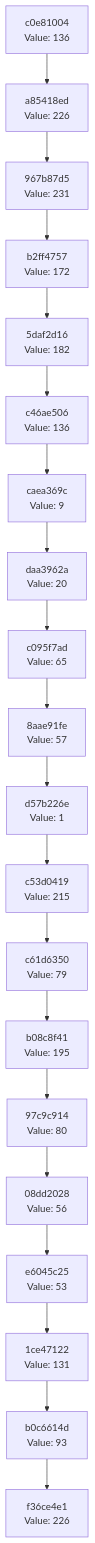
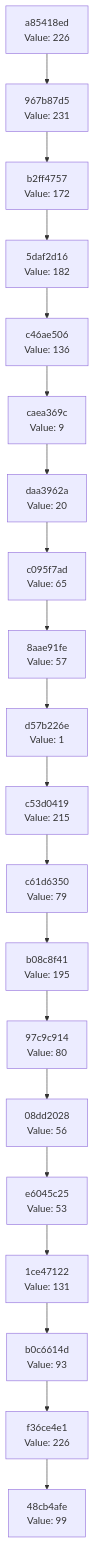
Before and after one commit to Abhisheksinha1506/hash-chain-evolver: the diagram in docs/CHAIN_VISUALIZATION.md, drawn with Mermaid. The commit also changed 2 other files, not shown here.

Commit message:
Evolution step: hash 0x63 → action executed

````diff
--- a/docs/CHAIN_VISUALIZATION.md
+++ b/docs/CHAIN_VISUALIZATION.md
@@ -3,42 +3,42 @@
 ```mermaid
 graph TD
-    C0["f36ce4e1<br/>Value: 226"]
-    C1["b0c6614d<br/>Value: 93"]
+    C0["48cb4afe<br/>Value: 99"]
+    C1["f36ce4e1<br/>Value: 226"]
     C1 --> C0
-    C2["1ce47122<br/>Value: 131"]
+    C2["b0c6614d<br/>Value: 93"]
     C2 --> C1
-    C3["e6045c25<br/>Value: 53"]
+    C3["1ce47122<br/>Value: 131"]
     C3 --> C2
-    C4["08dd2028<br/>Value: 56"]
+    C4["e6045c25<br/>Value: 53"]
     C4 --> C3
-    C5["97c9c914<br/>Value: 80"]
+    C5["08dd2028<br/>Value: 56"]
     C5 --> C4
-    C6["b08c8f41<br/>Value: 195"]
+    C6["97c9c914<br/>Value: 80"]
     C6 --> C5
-    C7["c61d6350<br/>Value: 79"]
+    C7["b08c8f41<br/>Value: 195"]
     C7 --> C6
-    C8["c53d0419<br/>Value: 215"]
+    C8["c61d6350<br/>Value: 79"]
     C8 --> C7
-    C9["d57b226e<br/>Value: 1"]
+    C9["c53d0419<br/>Value: 215"]
     C9 --> C8
-    C10["8aae91fe<br/>Value: 57"]
+    C10["d57b226e<br/>Value: 1"]
     C10 --> C9
-    C11["c095f7ad<br/>Value: 65"]
+    C11["8aae91fe<br/>Value: 57"]
     C11 --> C10
-    C12["daa3962a<br/>Value: 20"]
+    C12["c095f7ad<br/>Value: 65"]
     C12 --> C11
-    C13["caea369c<br/>Value: 9"]
+    C13["daa3962a<br/>Value: 20"]
     C13 --> C12
-    C14["c46ae506<br/>Value: 136"]
+    C14["caea369c<br/>Value: 9"]
     C14 --> C13
-    C15["5daf2d16<br/>Value: 182"]
+    C15["c46ae506<br/>Value: 136"]
     C15 --> C14
-    C16["b2ff4757<br/>Value: 172"]
+    C16["5daf2d16<br/>Value: 182"]
     C16 --> C15
-    C17["967b87d5<br/>Value: 231"]
+    C17["b2ff4757<br/>Value: 172"]
     C17 --> C16
-    C18["a85418ed<br/>Value: 226"]
+    C18["967b87d5<br/>Value: 231"]
     C18 --> C17
-    C19["c0e81004<br/>Value: 136"]
+    C19["a85418ed<br/>Value: 226"]
     C19 --> C18
 ```
````
